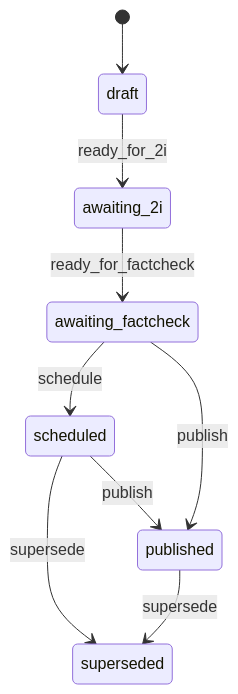
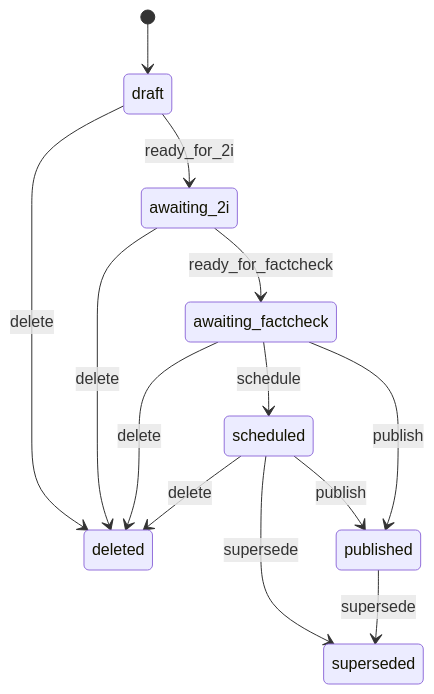
Before and after one commit to alphagov/content-block-manager: the diagram in docs/edition_states.md, drawn with Mermaid. The commit also changed other lines of this file and 4 other files, not shown here.

Commit message:
Update state diagram with new deleted state transitions

````diff
--- a/docs/edition_states.md
+++ b/docs/edition_states.md
@@ -5,11 +5,19 @@
 ```mermaid
 stateDiagram-v2
     [*] --> draft
+
+    draft --> deleted: delete
+    awaiting_2i --> deleted: delete
+    awaiting_factcheck --> deleted: delete
+    scheduled --> deleted: delete
+
     draft --> awaiting_2i: ready_for_2i
     awaiting_2i --> awaiting_factcheck: ready_for_factcheck
     awaiting_factcheck --> scheduled: schedule
+
     scheduled --> superseded: supersede
+    published --> superseded: supersede
+
     scheduled --> published: publish
     awaiting_factcheck --> published: publish
-    published --> superseded: supersede
 ```
````
